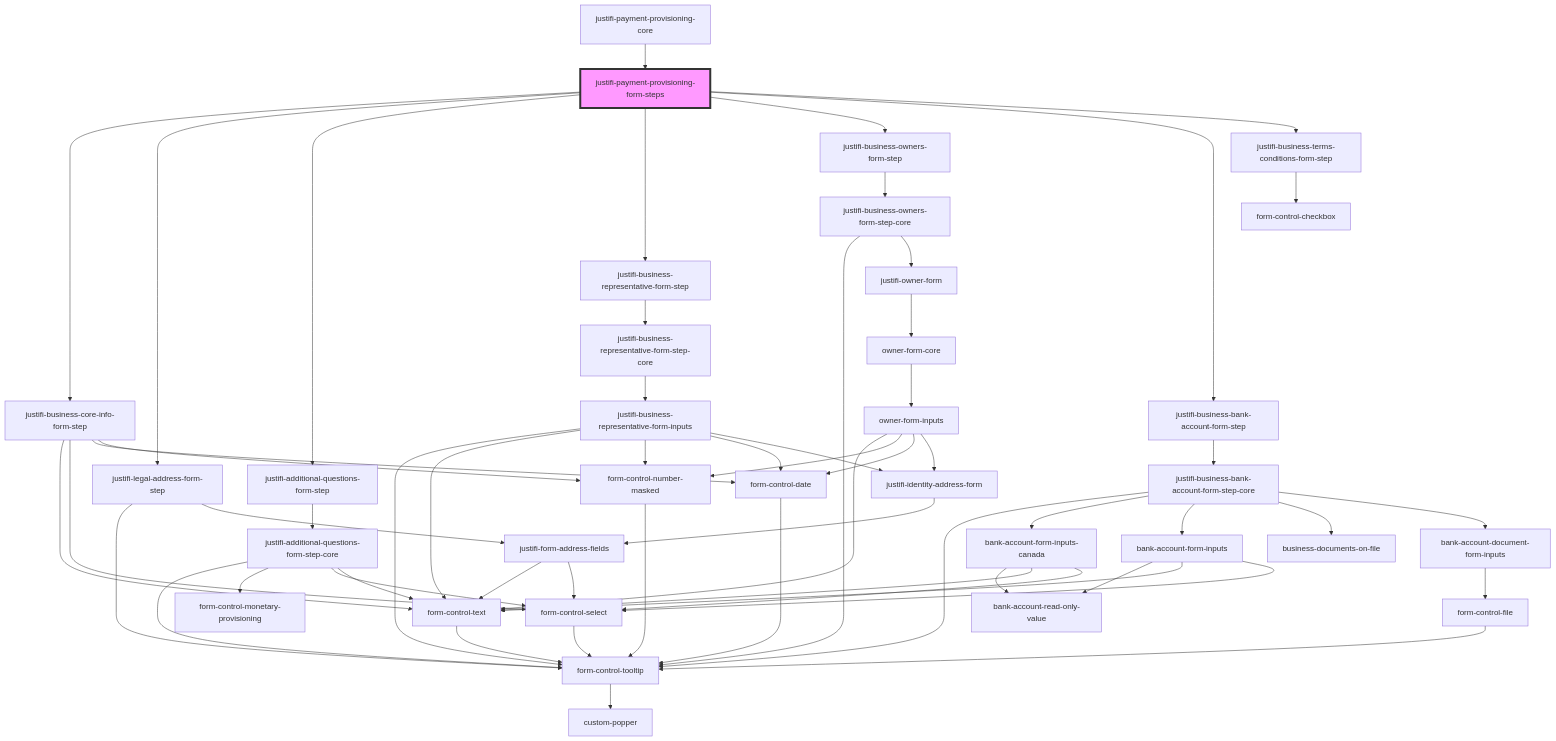
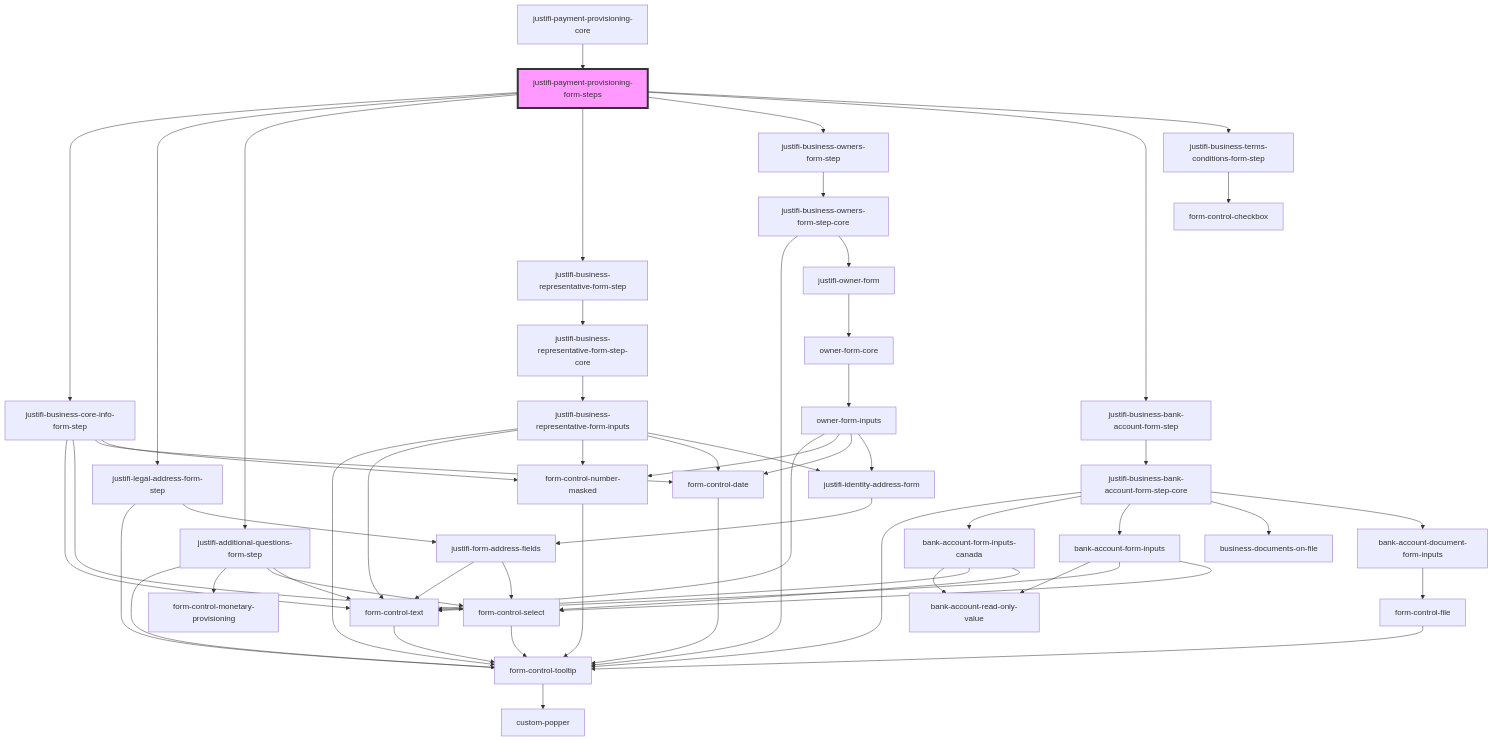
One commit to justifi-tech/web-component-library changed the diagram in packages/webcomponents/src/components/business-forms/payment-provisioning/readme.md. Above: the diagram before and after it, drawn with Mermaid. The commit also changed 4 other files, not shown here.

Commit message:
Remove additional questions core component (#1199)

````diff
--- a/packages/webcomponents/src/components/business-forms/payment-provisioning/readme.md
+++ b/packages/webcomponents/src/components/business-forms/payment-provisioning/readme.md
@@ -36,62 +36,61 @@
 ```mermaid
 graph TD;
   justifi-payment-provisioning-form-steps --> justifi-business-core-info-form-step
   justifi-payment-provisioning-form-steps --> justifi-legal-address-form-step
   justifi-payment-provisioning-form-steps --> justifi-additional-questions-form-step
   justifi-payment-provisioning-form-steps --> justifi-business-representative-form-step
   justifi-payment-provisioning-form-steps --> justifi-business-owners-form-step
   justifi-payment-provisioning-form-steps --> justifi-business-bank-account-form-step
   justifi-payment-provisioning-form-steps --> justifi-business-terms-conditions-form-step
   justifi-business-core-info-form-step --> form-control-text
   justifi-business-core-info-form-step --> form-control-select
   justifi-business-core-info-form-step --> form-control-date
   justifi-business-core-info-form-step --> form-control-number-masked
   form-control-text --> form-control-tooltip
   form-control-tooltip --> custom-popper
   form-control-select --> form-control-tooltip
   form-control-date --> form-control-tooltip
   form-control-number-masked --> form-control-tooltip
   justifi-legal-address-form-step --> form-control-tooltip
   justifi-legal-address-form-step --> justifi-form-address-fields
   justifi-form-address-fields --> form-control-text
   justifi-form-address-fields --> form-control-select
-  justifi-additional-questions-form-step --> justifi-additional-questions-form-step-core
-  justifi-additional-questions-form-step-core --> form-control-tooltip
-  justifi-additional-questions-form-step-core --> form-control-monetary-provisioning
-  justifi-additional-questions-form-step-core --> form-control-select
-  justifi-additional-questions-form-step-core --> form-control-text
+  justifi-additional-questions-form-step --> form-control-tooltip
+  justifi-additional-questions-form-step --> form-control-monetary-provisioning
+  justifi-additional-questions-form-step --> form-control-select
+  justifi-additional-questions-form-step --> form-control-text
   justifi-business-representative-form-step --> justifi-business-representative-form-step-core
   justifi-business-representative-form-step-core --> justifi-business-representative-form-inputs
   justifi-business-representative-form-inputs --> form-control-tooltip
   justifi-business-representative-form-inputs --> form-control-text
   justifi-business-representative-form-inputs --> form-control-number-masked
   justifi-business-representative-form-inputs --> form-control-date
   justifi-business-representative-form-inputs --> justifi-identity-address-form
   justifi-identity-address-form --> justifi-form-address-fields
   justifi-business-owners-form-step --> justifi-business-owners-form-step-core
   justifi-business-owners-form-step-core --> form-control-tooltip
   justifi-business-owners-form-step-core --> justifi-owner-form
   justifi-owner-form --> owner-form-core
   owner-form-core --> owner-form-inputs
   owner-form-inputs --> form-control-text
   owner-form-inputs --> form-control-number-masked
   owner-form-inputs --> form-control-date
   owner-form-inputs --> justifi-identity-address-form
   justifi-business-bank-account-form-step --> justifi-business-bank-account-form-step-core
   justifi-business-bank-account-form-step-core --> form-control-tooltip
   justifi-business-bank-account-form-step-core --> bank-account-form-inputs-canada
   justifi-business-bank-account-form-step-core --> bank-account-form-inputs
   justifi-business-bank-account-form-step-core --> business-documents-on-file
   justifi-business-bank-account-form-step-core --> bank-account-document-form-inputs
   bank-account-form-inputs-canada --> bank-account-read-only-value
   bank-account-form-inputs-canada --> form-control-text
   bank-account-form-inputs-canada --> form-control-select
   bank-account-form-inputs --> bank-account-read-only-value
   bank-account-form-inputs --> form-control-text
   bank-account-form-inputs --> form-control-select
   bank-account-document-form-inputs --> form-control-file
   form-control-file --> form-control-tooltip
   justifi-business-terms-conditions-form-step --> form-control-checkbox
   justifi-payment-provisioning-core --> justifi-payment-provisioning-form-steps
   style justifi-payment-provisioning-form-steps fill:#f9f,stroke:#333,stroke-width:4px
 ```
````
